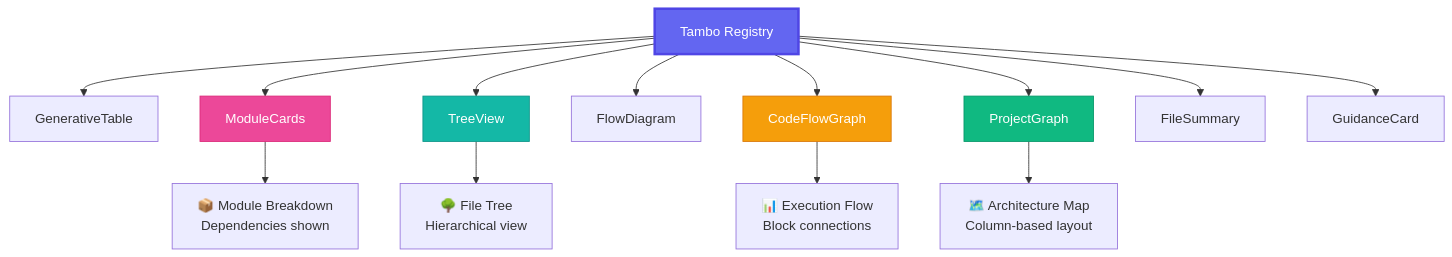
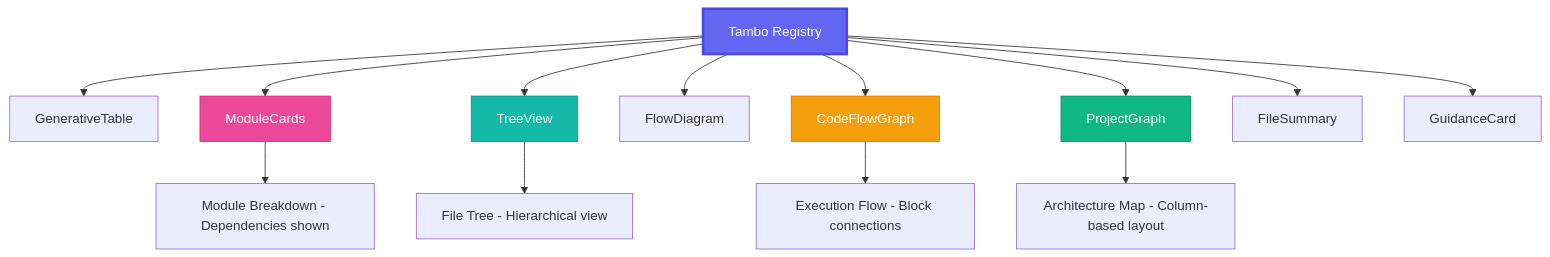
Before and after one commit to OshiSharma1222/Codelore: the third of 9 diagrams in README.md, drawn with Mermaid. The commit also changed other lines of this file and 1 other file, not shown here.

````diff
--- a/README.md
+++ b/README.md
@@ -118,22 +118,22 @@
 ```mermaid
 graph TB
     A[Tambo Registry] --> B[GenerativeTable]
     A --> C[ModuleCards]
     A --> D[TreeView]
     A --> E[FlowDiagram]
     A --> F[CodeFlowGraph]
     A --> G[ProjectGraph]
     A --> H[FileSummary]
     A --> I[GuidanceCard]
     
-    G --> G1[🗺️ Architecture Map<br/>Column-based layout]
-    F --> F1[📊 Execution Flow<br/>Block connections]
-    C --> C1[📦 Module Breakdown<br/>Dependencies shown]
-    D --> D1[🌳 File Tree<br/>Hierarchical view]
+    G --> G1["Architecture Map - Column-based layout"]
+    F --> F1["Execution Flow - Block connections"]
+    C --> C1["Module Breakdown - Dependencies shown"]
+    D --> D1["File Tree - Hierarchical view"]
     
     style A fill:#6366f1,stroke:#4f46e5,color:#fff,stroke-width:3px
     style G fill:#10b981,stroke:#059669,color:#fff
     style F fill:#f59e0b,stroke:#d97706,color:#fff
     style C fill:#ec4899,stroke:#db2777,color:#fff
     style D fill:#14b8a6,stroke:#0d9488,color:#fff
 ```
````
